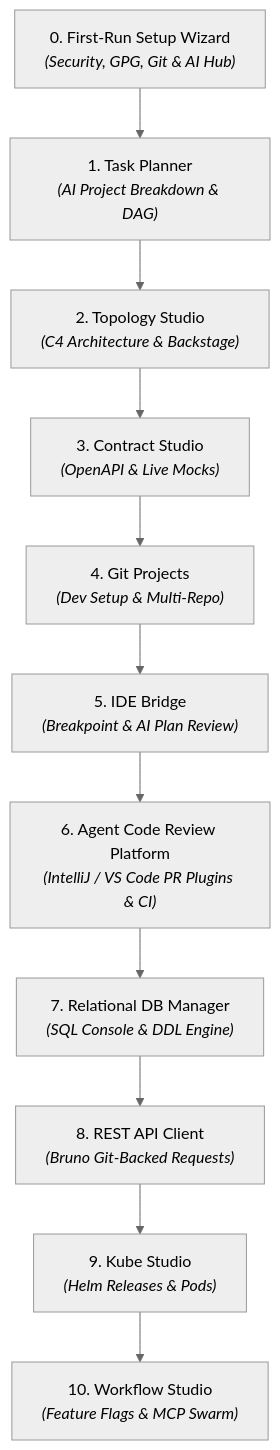
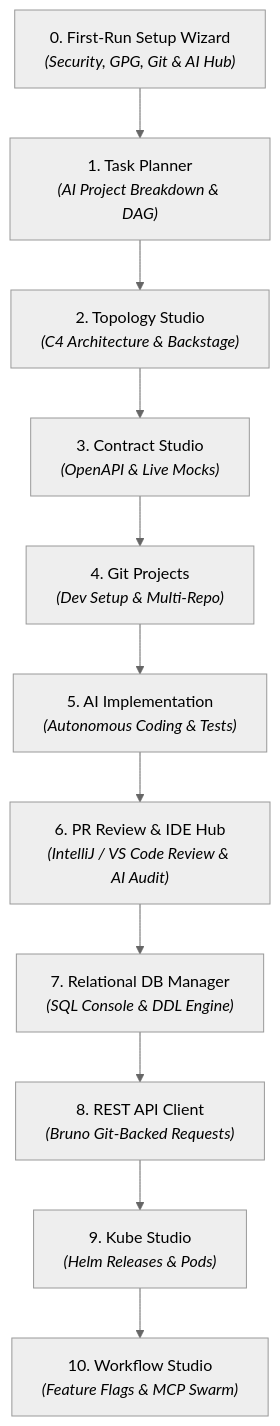
Before and after one commit to nddipiazza/robos: the first of 2 diagrams in docs/app-development-flow.md, drawn with Mermaid (neutral theme). The commit also changed other lines of this file and 6 other files, not shown here.

Commit message:
docs: clarify IDE breakpoint as agent debugging feature and frame PR review process with optional IDE review as core workflow

````diff
--- a/docs/app-development-flow.md
+++ b/docs/app-development-flow.md
@@ -29,13 +29,13 @@
 ```mermaid
 flowchart TD
     Setup["0. First-Run Setup Wizard<br/><i>(Security, GPG, Git & AI Hub)</i>"] --> Step1["1. Task Planner<br/><i>(AI Project Breakdown & DAG)</i>"]
     Step1 --> Step2["2. Topology Studio<br/><i>(C4 Architecture & Backstage)</i>"]
     Step2 --> Step3["3. Contract Studio<br/><i>(OpenAPI & Live Mocks)</i>"]
     Step3 --> Step4["4. Git Projects<br/><i>(Dev Setup & Multi-Repo)</i>"]
-    Step4 --> Step5["5. IDE Bridge<br/><i>(Breakpoint & AI Plan Review)</i>"]
-    Step5 --> Step6["6. Agent Code Review Platform<br/><i>(IntelliJ / VS Code PR Plugins & CI)</i>"]
+    Step4 --> Step5["5. AI Implementation<br/><i>(Autonomous Coding & Tests)</i>"]
+    Step5 --> Step6["6. PR Review & IDE Hub<br/><i>(IntelliJ / VS Code Review & AI Audit)</i>"]
     Step6 --> Step7["7. Relational DB Manager<br/><i>(SQL Console & DDL Engine)</i>"]
     Step7 --> Step8["8. REST API Client<br/><i>(Bruno Git-Backed Requests)</i>"]
     Step8 --> Step9["9. Kube Studio<br/><i>(Helm Releases & Pods)</i>"]
     Step9 --> Step10["10. Workflow Studio<br/><i>(Feature Flags & MCP Swarm)</i>"]
 ```
````
